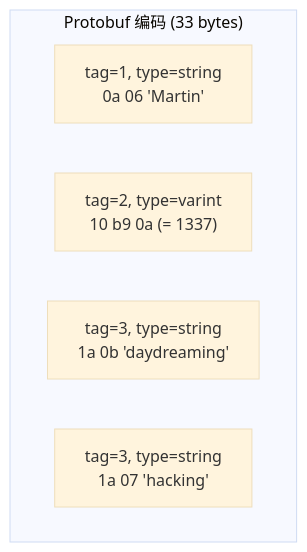
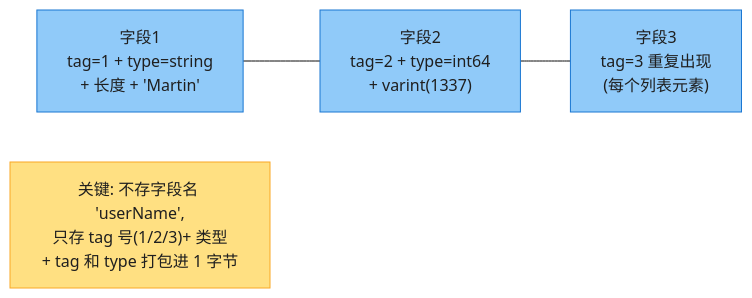
The fourth of 14 diagrams in ch05-编码与演化.md (socoo123/ddia_2nd), drawn with Mermaid (base theme) before and after one commit. The commit also changed other lines of this file and 8 other files, not shown here.

First line of the commit message:
重写 ch01-ch09 读书笔记：风格统一 + 内容扩充 + 大量图表

````diff
--- a/ch05-编码与演化.md
+++ b/ch05-编码与演化.md
@@ -260,9 +167,15 @@
 ```mermaid
-graph TD
-    subgraph ENCODE["Protobuf 编码 (33 bytes)"]
-        F1["tag=1, type=string<br/>0a 06 'Martin'"]
-        F2["tag=2, type=varint<br/>10 b9 0a (= 1337)"]
-        F3["tag=3, type=string<br/>1a 0b 'daydreaming'"]
-        F4["tag=3, type=string<br/>1a 07 'hacking'"]
-    end
+flowchart LR
+    F1["字段1<br/>tag=1 + type=string<br/>+ 长度 + 'Martin'"]
+    F2["字段2<br/>tag=2 + type=int64<br/>+ varint(1337)"]
+    F3["字段3<br/>tag=3 重复出现<br/>(每个列表元素)"]
+
+    F1 --- F2 --- F3
+
+    NOTE["关键: 不存字段名 'userName',<br/>只存 tag 号(1/2/3)+ 类型<br/>+ tag 和 type 打包进 1 字节"]
+
+    style F1 fill:#90CAF9,stroke:#1976D2,color:#1f1f1f
+    style F2 fill:#90CAF9,stroke:#1976D2,color:#1f1f1f
+    style F3 fill:#90CAF9,stroke:#1976D2,color:#1f1f1f
+    style NOTE fill:#FFE082,stroke:#F9A825,color:#1f1f1f
 ```
````
